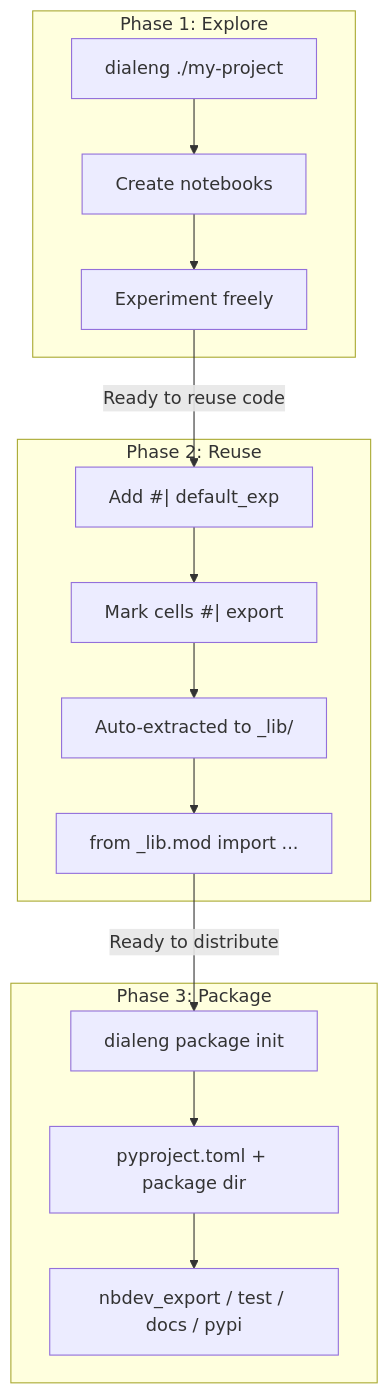
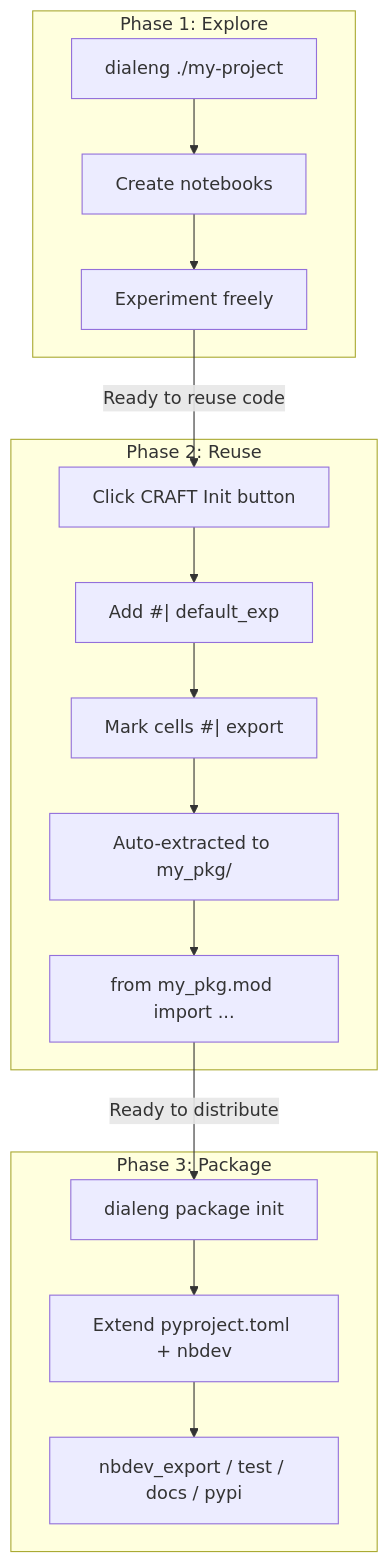
One commit to sgaseretto/solveish changed the fifth of 5 diagrams in docs/guides/notebook_to_package.md. Above: the diagram before and after it, drawn with Mermaid. The commit also changed other lines of this file and 10 other files, not shown here.

First line of the commit message:
feat: add CRAFT init extension with configurable export folder

````diff
--- a/docs/guides/notebook_to_package.md
+++ b/docs/guides/notebook_to_package.md
@@ -218,27 +261,28 @@
 ```mermaid
 flowchart TD
     subgraph "Phase 1: Explore"
         A1["dialeng ./my-project"]
         A2["Create notebooks"]
         A3["Experiment freely"]
         A1 --> A2 --> A3
     end
 
     subgraph "Phase 2: Reuse"
+        B0["Click CRAFT Init button"]
         B1["Add #| default_exp"]
         B2["Mark cells #| export"]
-        B3["Auto-extracted to _lib/"]
-        B4["from _lib.mod import ..."]
-        B1 --> B2 --> B3 --> B4
+        B3["Auto-extracted to my_pkg/"]
+        B4["from my_pkg.mod import ..."]
+        B0 --> B1 --> B2 --> B3 --> B4
     end
 
     subgraph "Phase 3: Package"
         C1["dialeng package init"]
-        C2["pyproject.toml + package dir"]
+        C2["Extend pyproject.toml + nbdev"]
         C3["nbdev_export / test / docs / pypi"]
         C1 --> C2 --> C3
     end
 
-    A3 -->|"Ready to reuse code"| B1
+    A3 -->|"Ready to reuse code"| B0
     B4 -->|"Ready to distribute"| C1
 ```
````
